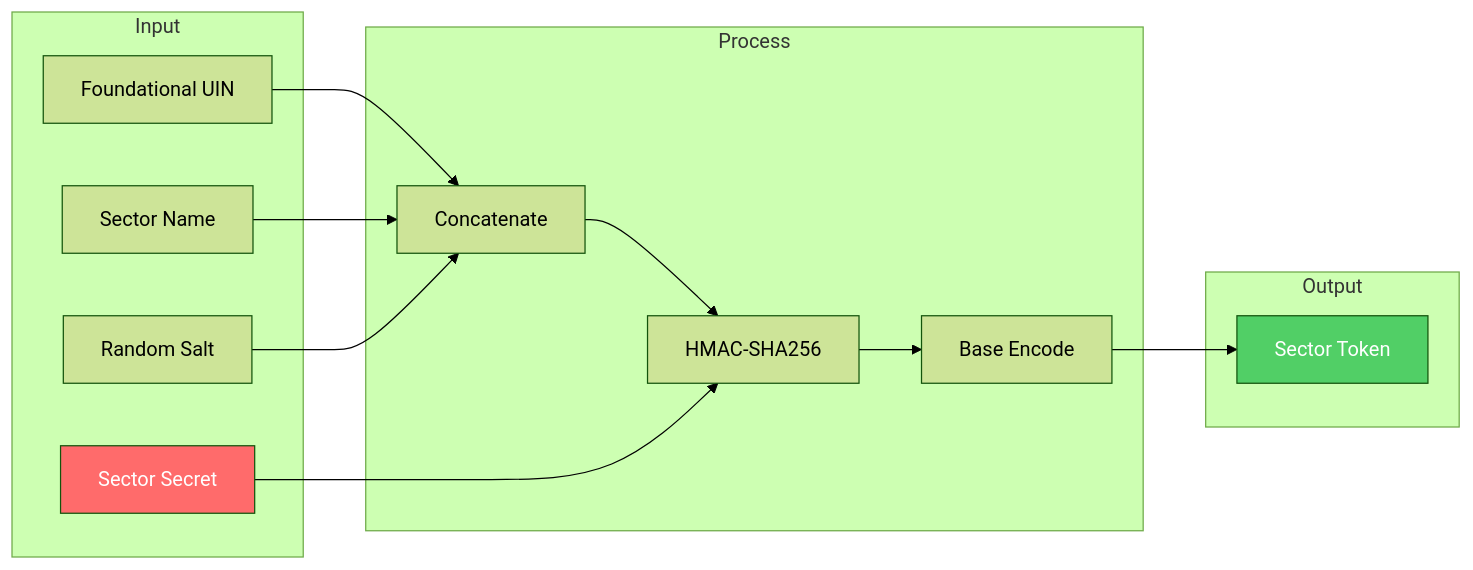
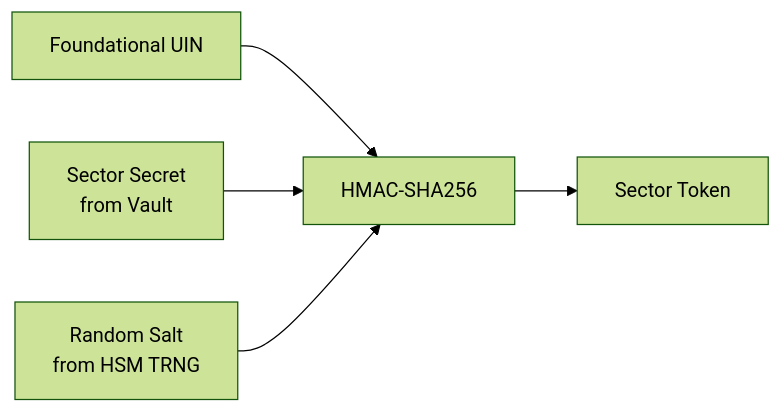
One commit to tunjidurodola/osia_uin_generator changed the fourth of 5 diagrams in README.md. Above: the diagram before and after it, drawn with Mermaid (forest theme). The commit also changed other lines of this file and 3 other files, not shown here.

First line of the commit message:
Add HSM TRNG priority, Utimaco support, and comprehensive test plan

````diff
--- a/README.md
+++ b/README.md
@@ -380,30 +447,7 @@
 ```mermaid
 flowchart LR
-    subgraph "Input"
-        UIN[Foundational UIN]
-        SECTOR[Sector Name]
-        SECRET[Sector Secret]
-        SALT[Random Salt]
-    end
-
-    subgraph "Process"
-        CONCAT[Concatenate]
-        HMAC[HMAC-SHA256]
-        ENCODE[Base Encode]
-    end
-
-    subgraph "Output"
-        TOKEN[Sector Token]
-    end
-
-    UIN --> CONCAT
-    SECTOR --> CONCAT
-    SALT --> CONCAT
-    CONCAT --> HMAC
-    SECRET --> HMAC
-    HMAC --> ENCODE
-    ENCODE --> TOKEN
-
-    style SECRET fill:#ff6b6b,color:#fff
-    style TOKEN fill:#51cf66,color:#fff
+    UIN[Foundational UIN] --> HMAC[HMAC-SHA256]
+    SECRET[Sector Secret<br/>from Vault] --> HMAC
+    SALT[Random Salt<br/>from HSM TRNG] --> HMAC
+    HMAC --> TOKEN[Sector Token]
 ```
````
